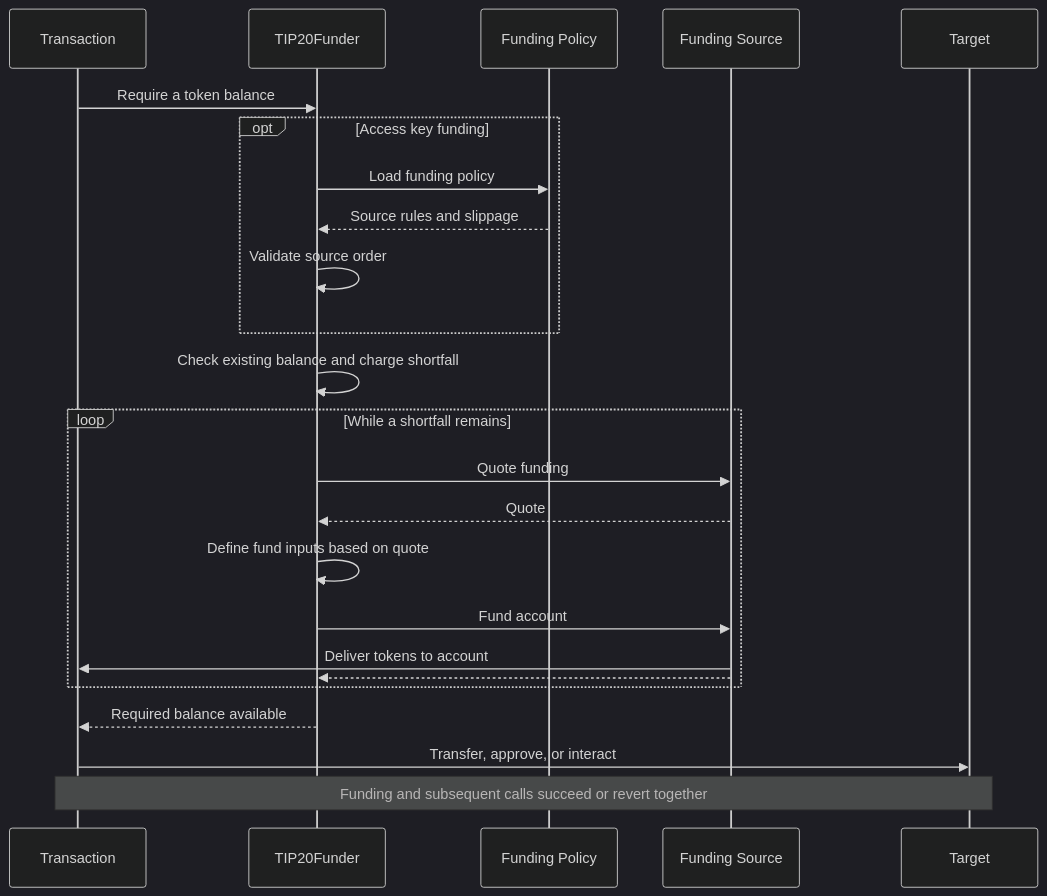
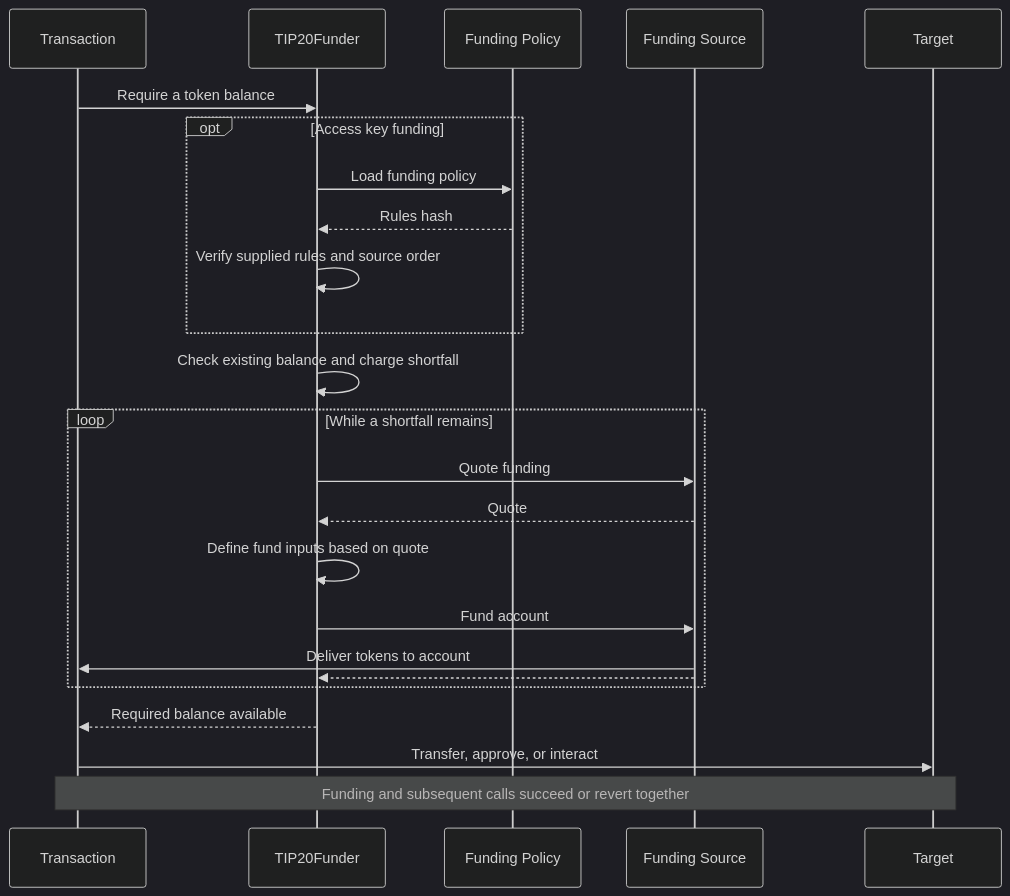
The first of 3 diagrams in tips/tip-1120.md (tempoxyz/tempo), drawn with Mermaid (dark theme) before and after one commit. The commit also changed other lines of this file, not shown here.

Commit message:
docs: commit funding policy rules by hash

````diff
--- a/tips/tip-1120.md
+++ b/tips/tip-1120.md
@@ -53,27 +53,27 @@
 ```mermaid
 sequenceDiagram
     participant C as Transaction
     participant P as TIP20Funder
     participant R as Funding Policy
     participant F as Funding Source
     participant A as Target
 
     C->>P: Require a token balance
     opt Access key funding
         P->>R: Load funding policy
-        R-->>P: Source rules and slippage
-        P->>P: Validate source order
+        R-->>P: Rules hash
+        P->>P: Verify supplied rules and source order
     end
     P->>P: Check existing balance and charge shortfall
     loop While a shortfall remains
         P->>F: Quote funding
         F-->>P: Quote
         P->>P: Define fund inputs based on quote
         P->>F: Fund account
         F->>C: Deliver tokens to account
         F-->>P:
     end
     P-->>C: Required balance available
     C->>A: Transfer, approve, or interact
     Note over C,A: Funding and subsequent calls succeed or revert together
 ```
````
